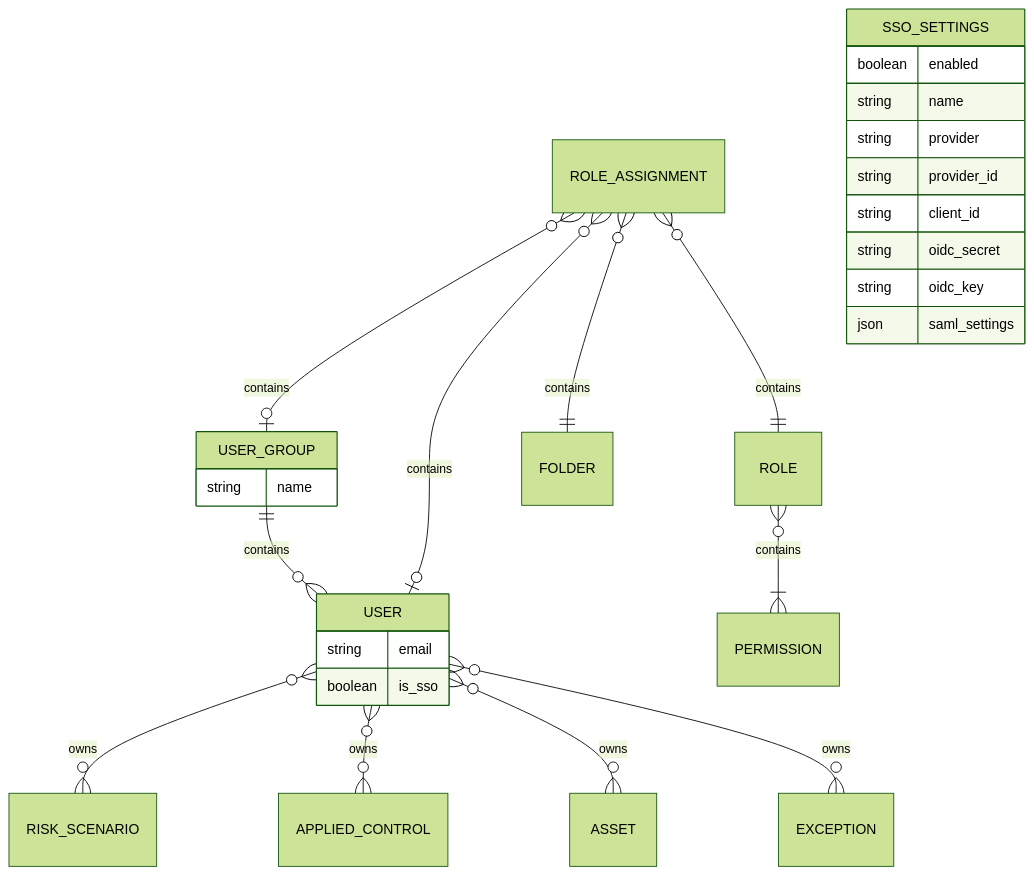
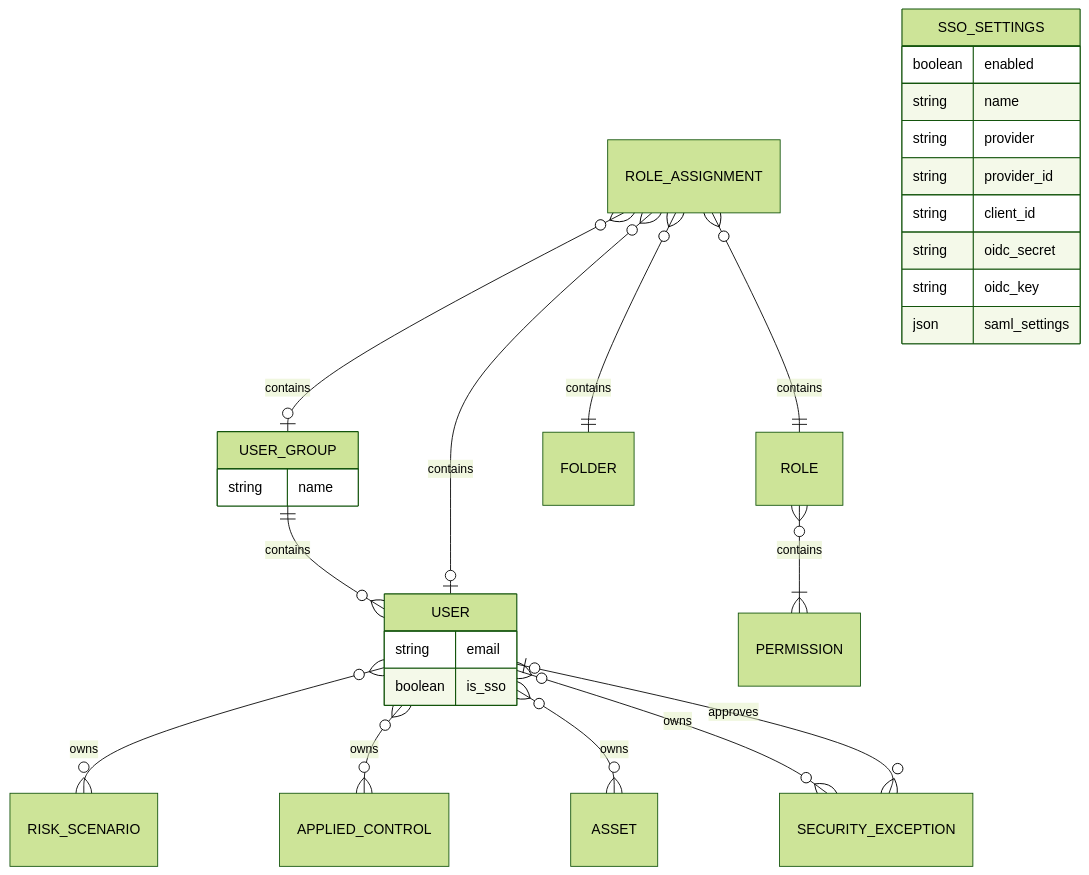
One commit to intuitem/ciso-assistant-community changed the first of 12 diagrams in documentation/architecture/data-model.md. Above: the diagram before and after it, drawn with Mermaid (forest theme). The commit also changed other lines of this file, not shown here.

````diff
--- a/documentation/architecture/data-model.md
+++ b/documentation/architecture/data-model.md
@@ -7,36 +7,37 @@
 ```mermaid
 erDiagram
 
-    USER }o--o{ RISK_SCENARIO  : owns
-    USER }o--o{ APPLIED_CONTROL: owns
-    USER }o--o{ ASSET          : owns
-    USER }o--o{ EXCEPTION      : owns
+    USER }o--o{ RISK_SCENARIO : owns
+    USER }o--o{ APPLIED_CONTROL : owns
+    USER }o--o{ ASSET : owns
+    USER }o--o{ SECURITY_EXCEPTION : owns
+    USER |o--o{ SECURITY_EXCEPTION : approves
 
     USER_GROUP      ||--o{ USER      : contains
     ROLE            }o--|{ PERMISSION: contains
     ROLE_ASSIGNMENT }o--o| USER_GROUP: contains
     ROLE_ASSIGNMENT }o--o| USER      : contains
     ROLE_ASSIGNMENT }o--|| FOLDER    : contains
     ROLE_ASSIGNMENT }o--|| ROLE      : contains
 
     USER {
         string  email
         boolean is_sso
     }
 
     USER_GROUP {
         string name
     }
 
     SSO_SETTINGS {
         boolean enabled
         string  name
         string  provider
         string  provider_id
         string  client_id
         string  oidc_secret
         string  oidc_key
         json    saml_settings
     }
 
 ```
````
